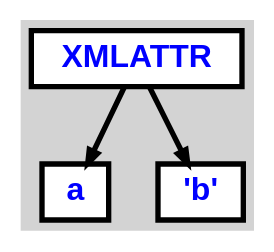
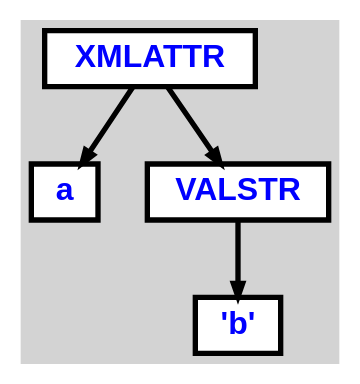
The diagram in test-documents/AST-attr.dot (aabs/xmlpl), drawn with Graphviz before and after one commit. The commit also changed 4 other files, not shown here.

```diff
--- a/test-documents/AST-attr.dot
+++ b/test-documents/AST-attr.dot
@@ -1,16 +1,19 @@
 digraph {
 
 	ordering=out;
 	ranksep=.4;
 	bgcolor="lightgrey"; node [shape=box, fixedsize=false, fontsize=12, fontname="Helvetica-bold", fontcolor="blue"
 		width=.25, height=.25, color="black", fillcolor="white", style="filled, solid, bold"];
 	edge [arrowsize=.5, color="black", style="bold"]
 
   n0 [label="XMLATTR"];
   n1 [label="a"];
-  n2 [label="'b'"];
+  n2 [label="VALSTR"];
+  n2 [label="VALSTR"];
+  n3 [label="'b'"];
 
   n0 -> n1 // "XMLATTR" -> "a"
-  n0 -> n2 // "XMLATTR" -> "'b'"
+  n0 -> n2 // "XMLATTR" -> "VALSTR"
+  n2 -> n3 // "VALSTR" -> "'b'"
 
 }
```
